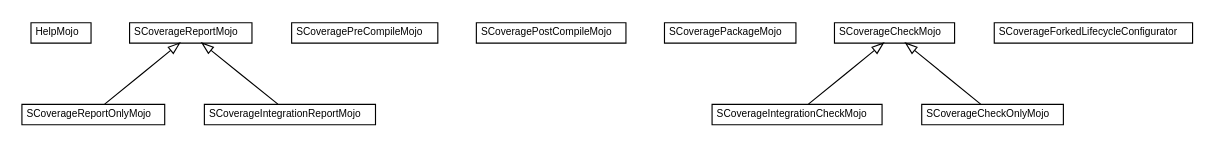
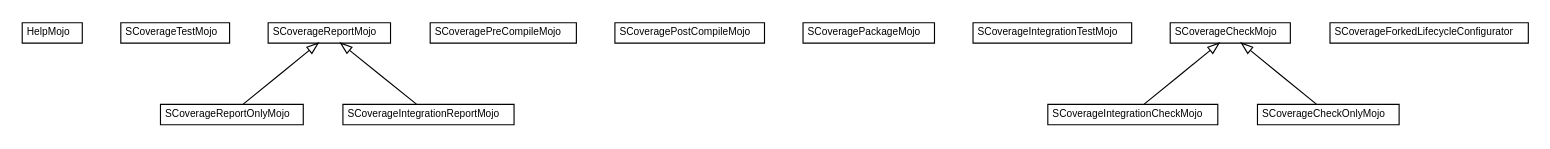
One commit to scoverage/scoverage-maven-plugin changed the diagram in 1.2.0-SNAPSHOT/apidocs/org/scoverage/plugin/org.scoverage.plugin.dot. Above: the diagram before and after it, drawn with Graphviz. The commit also changed 65 other files, not shown here.

```diff
--- a/1.2.0-SNAPSHOT/apidocs/org/scoverage/plugin/org.scoverage.plugin.dot
+++ b/1.2.0-SNAPSHOT/apidocs/org/scoverage/plugin/org.scoverage.plugin.dot
@@ -1,86 +1,98 @@
 #!/usr/local/bin/dot
 #
 # Class diagram 
 # Generated by UMLGraph version R5_6-24-gf6e263 (http://www.umlgraph.org/)
 #
 
 digraph G {
 	edge [fontname="arial",fontsize=10,labelfontname="arial",labelfontsize=10];
 	node [fontname="arial",fontsize=10,shape=plaintext];
 	nodesep=0.25;
 	ranksep=0.5;
 	// org.scoverage.plugin.HelpMojo
 	c0 [label=<<table title="org.scoverage.plugin.HelpMojo" border="0" cellborder="1" cellspacing="0" cellpadding="2" port="p" href="./HelpMojo.html">
 		<tr><td><table border="0" cellspacing="0" cellpadding="1">
 <tr><td align="center" balign="center"> HelpMojo </td></tr>
 		</table></td></tr>
 		</table>>, URL="./HelpMojo.html", fontname="arial", fontcolor="black", fontsize=9.0];
+	// org.scoverage.plugin.SCoverageTestMojo
+	c1 [label=<<table title="org.scoverage.plugin.SCoverageTestMojo" border="0" cellborder="1" cellspacing="0" cellpadding="2" port="p" href="./SCoverageTestMojo.html">
+		<tr><td><table border="0" cellspacing="0" cellpadding="1">
+<tr><td align="center" balign="center"> SCoverageTestMojo </td></tr>
+		</table></td></tr>
+		</table>>, URL="./SCoverageTestMojo.html", fontname="arial", fontcolor="black", fontsize=9.0];
 	// org.scoverage.plugin.SCoverageReportOnlyMojo
-	c1 [label=<<table title="org.scoverage.plugin.SCoverageReportOnlyMojo" border="0" cellborder="1" cellspacing="0" cellpadding="2" port="p" href="./SCoverageReportOnlyMojo.html">
+	c2 [label=<<table title="org.scoverage.plugin.SCoverageReportOnlyMojo" border="0" cellborder="1" cellspacing="0" cellpadding="2" port="p" href="./SCoverageReportOnlyMojo.html">
 		<tr><td><table border="0" cellspacing="0" cellpadding="1">
 <tr><td align="center" balign="center"> SCoverageReportOnlyMojo </td></tr>
 		</table></td></tr>
 		</table>>, URL="./SCoverageReportOnlyMojo.html", fontname="arial", fontcolor="black", fontsize=9.0];
 	// org.scoverage.plugin.SCoverageReportMojo
-	c2 [label=<<table title="org.scoverage.plugin.SCoverageReportMojo" border="0" cellborder="1" cellspacing="0" cellpadding="2" port="p" href="./SCoverageReportMojo.html">
+	c3 [label=<<table title="org.scoverage.plugin.SCoverageReportMojo" border="0" cellborder="1" cellspacing="0" cellpadding="2" port="p" href="./SCoverageReportMojo.html">
 		<tr><td><table border="0" cellspacing="0" cellpadding="1">
 <tr><td align="center" balign="center"> SCoverageReportMojo </td></tr>
 		</table></td></tr>
 		</table>>, URL="./SCoverageReportMojo.html", fontname="arial", fontcolor="black", fontsize=9.0];
 	// org.scoverage.plugin.SCoveragePreCompileMojo
-	c3 [label=<<table title="org.scoverage.plugin.SCoveragePreCompileMojo" border="0" cellborder="1" cellspacing="0" cellpadding="2" port="p" href="./SCoveragePreCompileMojo.html">
+	c4 [label=<<table title="org.scoverage.plugin.SCoveragePreCompileMojo" border="0" cellborder="1" cellspacing="0" cellpadding="2" port="p" href="./SCoveragePreCompileMojo.html">
 		<tr><td><table border="0" cellspacing="0" cellpadding="1">
 <tr><td align="center" balign="center"> SCoveragePreCompileMojo </td></tr>
 		</table></td></tr>
 		</table>>, URL="./SCoveragePreCompileMojo.html", fontname="arial", fontcolor="black", fontsize=9.0];
 	// org.scoverage.plugin.SCoveragePostCompileMojo
-	c4 [label=<<table title="org.scoverage.plugin.SCoveragePostCompileMojo" border="0" cellborder="1" cellspacing="0" cellpadding="2" port="p" href="./SCoveragePostCompileMojo.html">
+	c5 [label=<<table title="org.scoverage.plugin.SCoveragePostCompileMojo" border="0" cellborder="1" cellspacing="0" cellpadding="2" port="p" href="./SCoveragePostCompileMojo.html">
 		<tr><td><table border="0" cellspacing="0" cellpadding="1">
 <tr><td align="center" balign="center"> SCoveragePostCompileMojo </td></tr>
 		</table></td></tr>
 		</table>>, URL="./SCoveragePostCompileMojo.html", fontname="arial", fontcolor="black", fontsize=9.0];
 	// org.scoverage.plugin.SCoveragePackageMojo
-	c5 [label=<<table title="org.scoverage.plugin.SCoveragePackageMojo" border="0" cellborder="1" cellspacing="0" cellpadding="2" port="p" href="./SCoveragePackageMojo.html">
+	c6 [label=<<table title="org.scoverage.plugin.SCoveragePackageMojo" border="0" cellborder="1" cellspacing="0" cellpadding="2" port="p" href="./SCoveragePackageMojo.html">
 		<tr><td><table border="0" cellspacing="0" cellpadding="1">
 <tr><td align="center" balign="center"> SCoveragePackageMojo </td></tr>
 		</table></td></tr>
 		</table>>, URL="./SCoveragePackageMojo.html", fontname="arial", fontcolor="black", fontsize=9.0];
+	// org.scoverage.plugin.SCoverageIntegrationTestMojo
+	c7 [label=<<table title="org.scoverage.plugin.SCoverageIntegrationTestMojo" border="0" cellborder="1" cellspacing="0" cellpadding="2" port="p" href="./SCoverageIntegrationTestMojo.html">
+		<tr><td><table border="0" cellspacing="0" cellpadding="1">
+<tr><td align="center" balign="center"> SCoverageIntegrationTestMojo </td></tr>
+		</table></td></tr>
+		</table>>, URL="./SCoverageIntegrationTestMojo.html", fontname="arial", fontcolor="black", fontsize=9.0];
 	// org.scoverage.plugin.SCoverageIntegrationReportMojo
-	c6 [label=<<table title="org.scoverage.plugin.SCoverageIntegrationReportMojo" border="0" cellborder="1" cellspacing="0" cellpadding="2" port="p" href="./SCoverageIntegrationReportMojo.html">
+	c8 [label=<<table title="org.scoverage.plugin.SCoverageIntegrationReportMojo" border="0" cellborder="1" cellspacing="0" cellpadding="2" port="p" href="./SCoverageIntegrationReportMojo.html">
 		<tr><td><table border="0" cellspacing="0" cellpadding="1">
 <tr><td align="center" balign="center"> SCoverageIntegrationReportMojo </td></tr>
 		</table></td></tr>
 		</table>>, URL="./SCoverageIntegrationReportMojo.html", fontname="arial", fontcolor="black", fontsize=9.0];
 	// org.scoverage.plugin.SCoverageIntegrationCheckMojo
-	c7 [label=<<table title="org.scoverage.plugin.SCoverageIntegrationCheckMojo" border="0" cellborder="1" cellspacing="0" cellpadding="2" port="p" href="./SCoverageIntegrationCheckMojo.html">
+	c9 [label=<<table title="org.scoverage.plugin.SCoverageIntegrationCheckMojo" border="0" cellborder="1" cellspacing="0" cellpadding="2" port="p" href="./SCoverageIntegrationCheckMojo.html">
 		<tr><td><table border="0" cellspacing="0" cellpadding="1">
 <tr><td align="center" balign="center"> SCoverageIntegrationCheckMojo </td></tr>
 		</table></td></tr>
 		</table>>, URL="./SCoverageIntegrationCheckMojo.html", fontname="arial", fontcolor="black", fontsize=9.0];
 	// org.scoverage.plugin.SCoverageForkedLifecycleConfigurator
-	c8 [label=<<table title="org.scoverage.plugin.SCoverageForkedLifecycleConfigurator" border="0" cellborder="1" cellspacing="0" cellpadding="2" port="p" href="./SCoverageForkedLifecycleConfigurator.html">
+	c10 [label=<<table title="org.scoverage.plugin.SCoverageForkedLifecycleConfigurator" border="0" cellborder="1" cellspacing="0" cellpadding="2" port="p" href="./SCoverageForkedLifecycleConfigurator.html">
 		<tr><td><table border="0" cellspacing="0" cellpadding="1">
 <tr><td align="center" balign="center"> SCoverageForkedLifecycleConfigurator </td></tr>
 		</table></td></tr>
 		</table>>, URL="./SCoverageForkedLifecycleConfigurator.html", fontname="arial", fontcolor="black", fontsize=9.0];
 	// org.scoverage.plugin.SCoverageCheckOnlyMojo
-	c9 [label=<<table title="org.scoverage.plugin.SCoverageCheckOnlyMojo" border="0" cellborder="1" cellspacing="0" cellpadding="2" port="p" href="./SCoverageCheckOnlyMojo.html">
+	c11 [label=<<table title="org.scoverage.plugin.SCoverageCheckOnlyMojo" border="0" cellborder="1" cellspacing="0" cellpadding="2" port="p" href="./SCoverageCheckOnlyMojo.html">
 		<tr><td><table border="0" cellspacing="0" cellpadding="1">
 <tr><td align="center" balign="center"> SCoverageCheckOnlyMojo </td></tr>
 		</table></td></tr>
 		</table>>, URL="./SCoverageCheckOnlyMojo.html", fontname="arial", fontcolor="black", fontsize=9.0];
 	// org.scoverage.plugin.SCoverageCheckMojo
-	c10 [label=<<table title="org.scoverage.plugin.SCoverageCheckMojo" border="0" cellborder="1" cellspacing="0" cellpadding="2" port="p" href="./SCoverageCheckMojo.html">
+	c12 [label=<<table title="org.scoverage.plugin.SCoverageCheckMojo" border="0" cellborder="1" cellspacing="0" cellpadding="2" port="p" href="./SCoverageCheckMojo.html">
 		<tr><td><table border="0" cellspacing="0" cellpadding="1">
 <tr><td align="center" balign="center"> SCoverageCheckMojo </td></tr>
 		</table></td></tr>
 		</table>>, URL="./SCoverageCheckMojo.html", fontname="arial", fontcolor="black", fontsize=9.0];
 	//org.scoverage.plugin.SCoverageReportOnlyMojo extends org.scoverage.plugin.SCoverageReportMojo
-	c2:p -> c1:p [dir=back,arrowtail=empty];
+	c3:p -> c2:p [dir=back,arrowtail=empty];
 	//org.scoverage.plugin.SCoverageIntegrationReportMojo extends org.scoverage.plugin.SCoverageReportMojo
-	c2:p -> c6:p [dir=back,arrowtail=empty];
+	c3:p -> c8:p [dir=back,arrowtail=empty];
 	//org.scoverage.plugin.SCoverageIntegrationCheckMojo extends org.scoverage.plugin.SCoverageCheckMojo
-	c10:p -> c7:p [dir=back,arrowtail=empty];
+	c12:p -> c9:p [dir=back,arrowtail=empty];
 	//org.scoverage.plugin.SCoverageCheckOnlyMojo extends org.scoverage.plugin.SCoverageCheckMojo
-	c10:p -> c9:p [dir=back,arrowtail=empty];
+	c12:p -> c11:p [dir=back,arrowtail=empty];
 }
```
